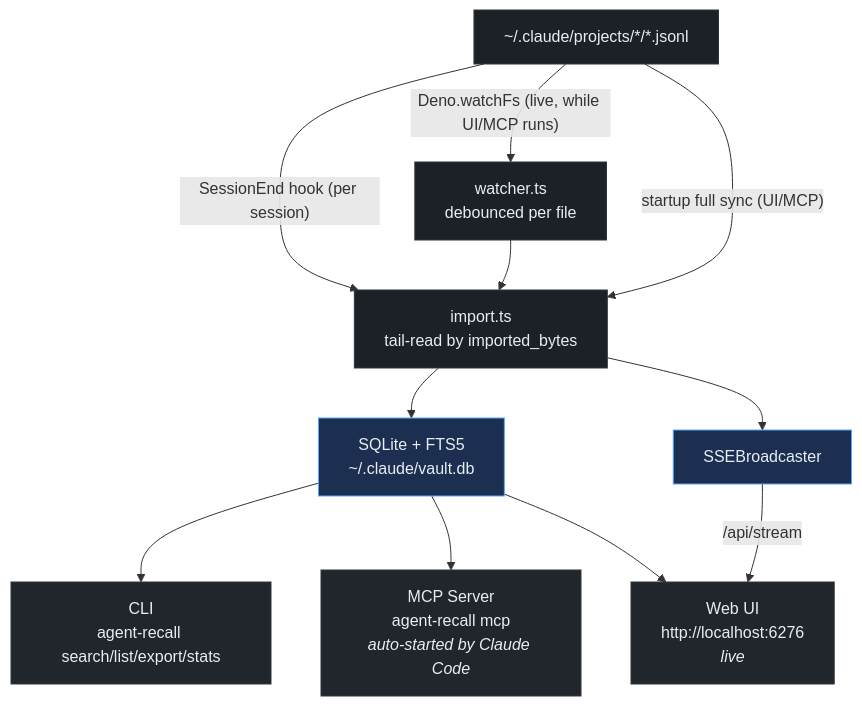
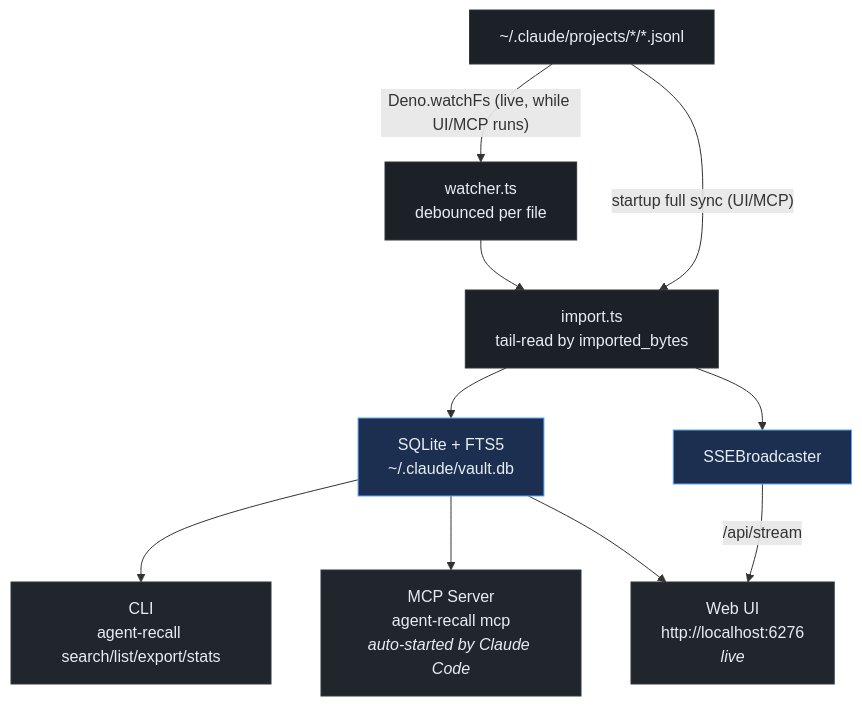
One commit to babarot/agent-recall changed the diagram in README.md. Above: the diagram before and after it, drawn with Mermaid. The commit also changed other lines of this file and 2 other files, not shown here.

First line of the commit message:
Remove SessionEnd hook setup in favor of FS watcher sync

````diff
--- a/README.md
+++ b/README.md
@@ -255,23 +232,22 @@
 ```mermaid
 flowchart TD
     JSONL["~/.claude/projects/*/*.jsonl"]
-    JSONL -->|"SessionEnd hook (per session)"| Import["import.ts<br/>tail-read by imported_bytes"]
     JSONL -->|"Deno.watchFs (live, while UI/MCP runs)"| Watcher["watcher.ts<br/>debounced per file"]
-    JSONL -->|"startup full sync (UI/MCP)"| Import
+    JSONL -->|"startup full sync (UI/MCP)"| Import["import.ts<br/>tail-read by imported_bytes"]
     Watcher --> Import
     Import --> DB["SQLite + FTS5<br/>~/.claude/vault.db"]
     Import --> SSE["SSEBroadcaster"]
     SSE -->|/api/stream| UI["Web UI<br/>http://localhost:6276<br/><i>live</i>"]
     DB --> CLI["CLI<br/>agent-recall search/list/export/stats"]
     DB --> MCP["MCP Server<br/>agent-recall mcp<br/><i>auto-started by Claude Code</i>"]
     DB --> UI
 
     style JSONL fill:#1c2128,stroke:#30363d,color:#e6edf3
     style Import fill:#1c2128,stroke:#30363d,color:#e6edf3
     style Watcher fill:#1c2128,stroke:#30363d,color:#e6edf3
     style DB fill:#1c2f50,stroke:#58a6ff,color:#e6edf3
     style SSE fill:#1c2f50,stroke:#58a6ff,color:#e6edf3
     style CLI fill:#21262d,stroke:#30363d,color:#e6edf3
     style MCP fill:#21262d,stroke:#30363d,color:#e6edf3
     style UI fill:#21262d,stroke:#30363d,color:#e6edf3
 ```
````
